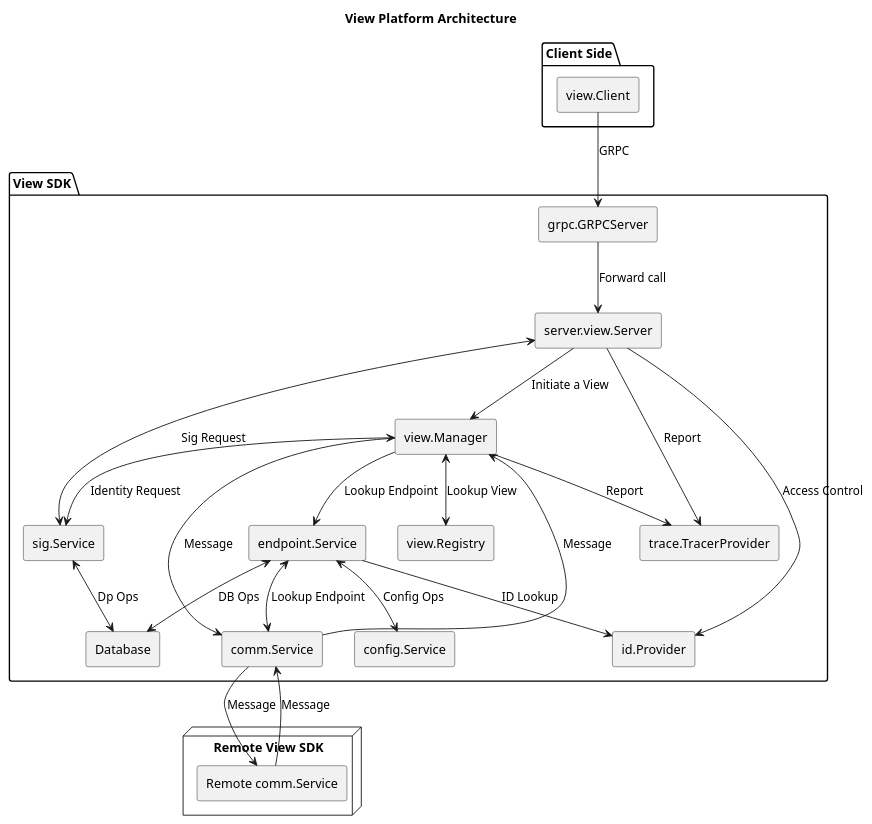
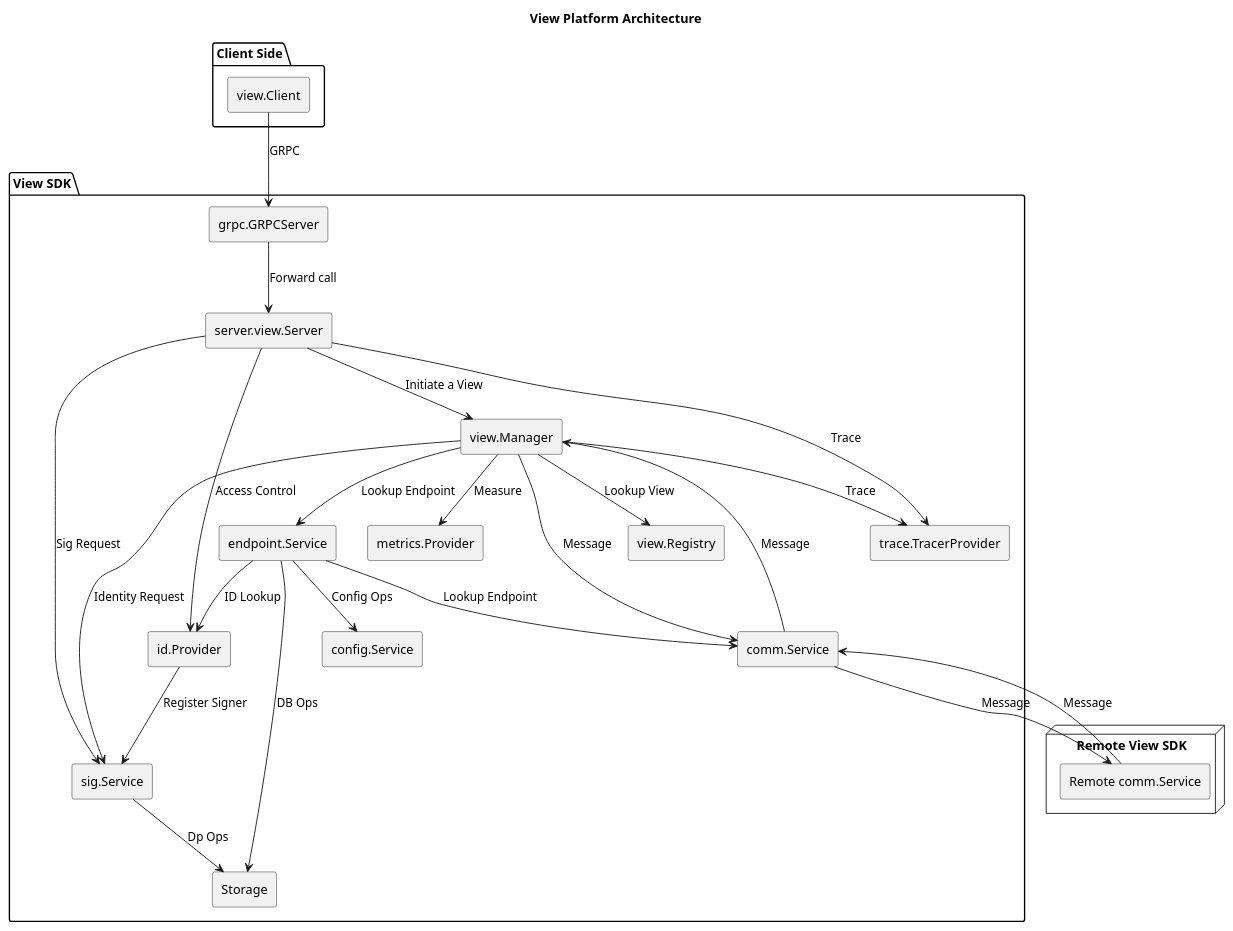
Before and after one commit to hyperledger-labs/fabric-smart-client: the diagram in docs/platform/view/uml/architecture.puml, drawn with PlantUML. The commit also changed 3 other files, not shown here.

Commit message:
updated diagram

```diff
--- a/docs/platform/view/uml/architecture.puml
+++ b/docs/platform/view/uml/architecture.puml
@@ -1,42 +1,44 @@
 @startuml
 skinparam componentStyle rectangle
 
 title View Platform Architecture
 
 package "Client Side" {
   [view.Client]
 }
 
 package "View SDK" {
   [view.Client] --> [grpc.GRPCServer] : GRPC
   [grpc.GRPCServer] --> [server.view.Server] : Forward call
 
-  [server.view.Server] <--> [sig.Service] : Sig Request
+  [server.view.Server] --> [sig.Service] : Sig Request
   [server.view.Server] --> [view.Manager] : Initiate a View
   [server.view.Server] --> [id.Provider] : Access Control
-  [server.view.Server] --> [trace.TracerProvider] : Report
+  [server.view.Server] --> [trace.TracerProvider] : Trace
 
-  [view.Manager] <--> [view.Registry] : Lookup View
+  [view.Manager] --> [view.Registry] : Lookup View
   [view.Manager] --> [comm.Service] : Message
   [view.Manager] --> [endpoint.Service] : Lookup Endpoint
-  [view.Manager] <--> [sig.Service] : Identity Request
-  [view.Manager] --> [trace.TracerProvider] : Report
+  [view.Manager] --> [sig.Service] : Identity Request
+  [view.Manager] --> [trace.TracerProvider] : Trace
+  [view.Manager] --> [metrics.Provider] : Measure
 
   [comm.Service] --> [view.Manager] : Message
 
-  [endpoint.Service] <--> [comm.Service] : Lookup Endpoint
-  [endpoint.Service] <--> [Database]: DB Ops
-  [endpoint.Service] <--> [config.Service]: Config Ops
+  [endpoint.Service] --> [comm.Service] : Lookup Endpoint
+  [endpoint.Service] --> [Storage]: DB Ops
+  [endpoint.Service] --> [config.Service]: Config Ops
   [endpoint.Service] --> [id.Provider] : ID Lookup
 
-  [sig.Service] <--> [Database] : Dp Ops
+  [sig.Service] --> [Storage] : Dp Ops
+  [id.Provider] -->  [sig.Service] : Register Signer
 }
 
 node "Remote View SDK" {
   [Remote comm.Service]
 }
 
 [comm.Service] --> [Remote comm.Service] : Message
 [Remote comm.Service] --> [comm.Service] : Message
 
 @enduml
```
